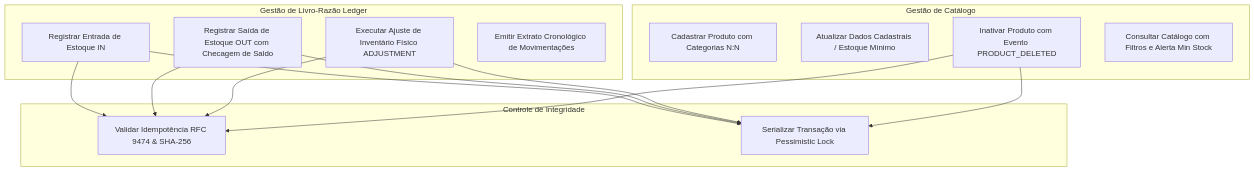
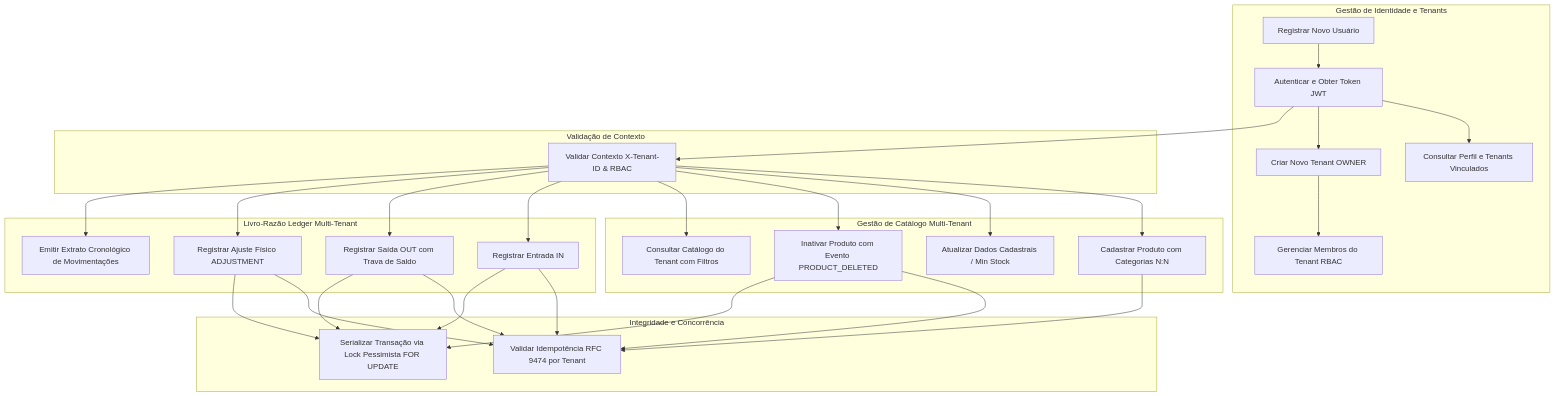
One commit to rodrigoacm10/categorizer changed the diagram in docs/PRD.md. Above: the diagram before and after it, drawn with Mermaid. The commit also changed other lines of this file and 7 other files, not shown here.

Commit message:
docs: specify authentication and multi-tenancy architecture with strict data isolation

````diff
--- a/docs/PRD.md
+++ b/docs/PRD.md
@@ -134,31 +140,59 @@
 ```mermaid
 flowchart TD
-    subgraph Gestão de Catálogo
-        UC1[Cadastrar Produto com Categorias N:N]
-        UC2[Atualizar Dados Cadastrais / Estoque Mínimo]
-        UC3[Inativar Produto com Evento PRODUCT_DELETED]
-        UC4[Consultar Catálogo com Filtros e Alerta Min Stock]
+    subgraph Gestão de Identidade e Tenants
+        UC_REG[Registrar Novo Usuário]
+        UC_LOG[Autenticar e Obter Token JWT]
+        UC_ME[Consultar Perfil e Tenants Vinculados]
+        UC_TEN_NEW[Criar Novo Tenant OWNER]
+        UC_TEN_MEMB[Gerenciar Membros do Tenant RBAC]
     end
 
-    subgraph Gestão de Livro-Razão Ledger
-        UC5[Registrar Entrada de Estoque IN]
-        UC6[Registrar Saída de Estoque OUT com Checagem de Saldo]
-        UC7[Executar Ajuste de Inventário Físico ADJUSTMENT]
+    subgraph Validação de Contexto
+        UC_CTX[Validar Contexto X-Tenant-ID & RBAC]
+    end
+
+    subgraph Gestão de Catálogo Multi-Tenant
+        UC1[Cadastrar Produto com Categorias N:N]
+        UC2[Atualizar Dados Cadastrais / Min Stock]
+        UC3[Inativar Produto com Evento PRODUCT_DELETED]
+        UC4[Consultar Catálogo do Tenant com Filtros]
+    end
+
+    subgraph Livro-Razão Ledger Multi-Tenant
+        UC5[Registrar Entrada IN]
+        UC6[Registrar Saída OUT com Trava de Saldo]
+        UC7[Registrar Ajuste Físico ADJUSTMENT]
         UC8[Emitir Extrato Cronológico de Movimentações]
     end
 
-    subgraph Controle de Integridade
-        UC9[Validar Idempotência RFC 9474 & SHA-256]
-        UC10[Serializar Transação via Pessimistic Lock]
+    subgraph Integridade e Concorrência
+        UC9[Validar Idempotência RFC 9474 por Tenant]
+        UC10[Serializar Transação via Lock Pessimista FOR UPDATE]
     end
 
+    UC_REG --> UC_LOG
+    UC_LOG --> UC_ME
+    UC_LOG --> UC_TEN_NEW
+    UC_TEN_NEW --> UC_TEN_MEMB
+
+    UC_LOG --> UC_CTX
+    UC_CTX --> UC1
+    UC_CTX --> UC2
+    UC_CTX --> UC3
+    UC_CTX --> UC4
+    UC_CTX --> UC5
+    UC_CTX --> UC6
+    UC_CTX --> UC7
+    UC_CTX --> UC8
+
+    UC1 --> UC9
     UC5 --> UC9
     UC6 --> UC9
     UC7 --> UC9
     UC3 --> UC9
 
     UC5 --> UC10
     UC6 --> UC10
     UC7 --> UC10
     UC3 --> UC10
 ```
````
